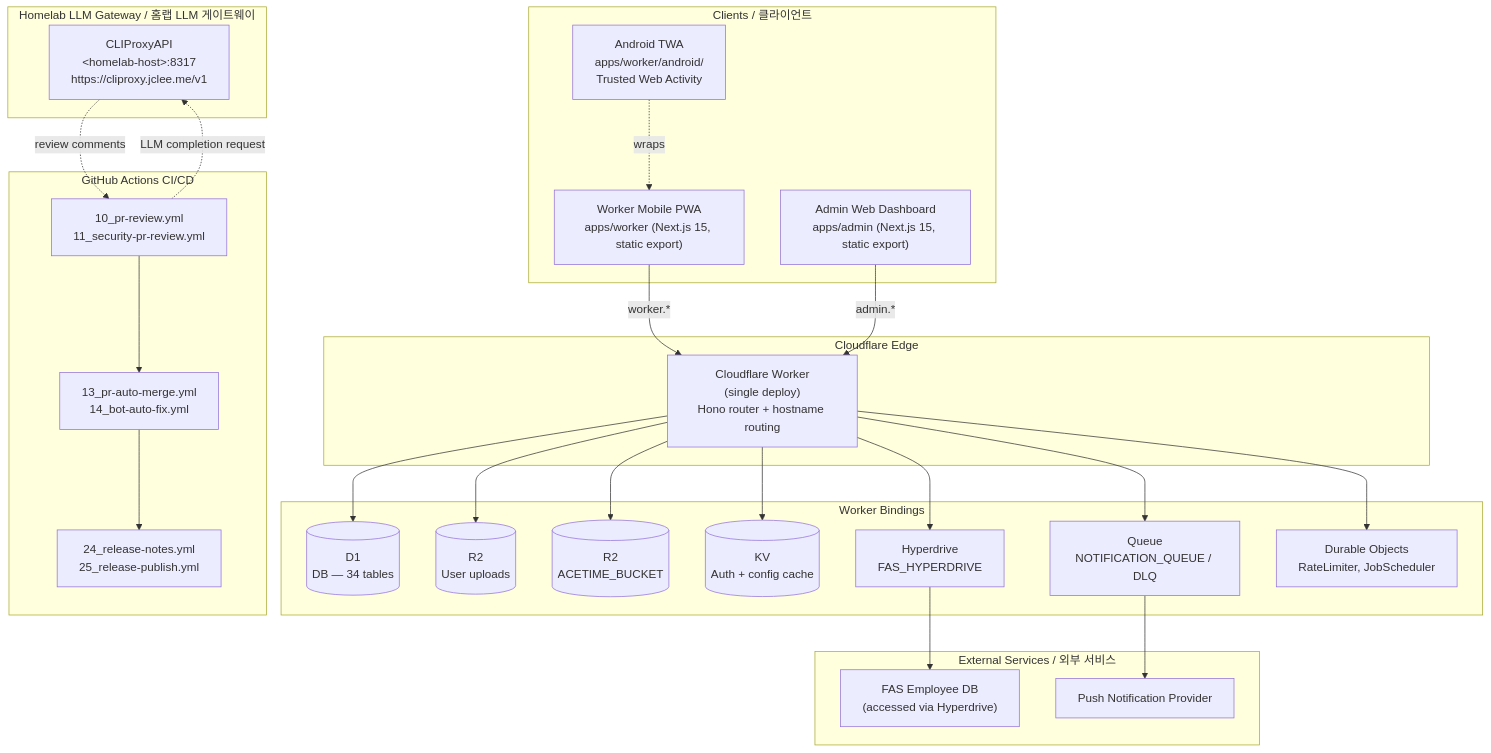
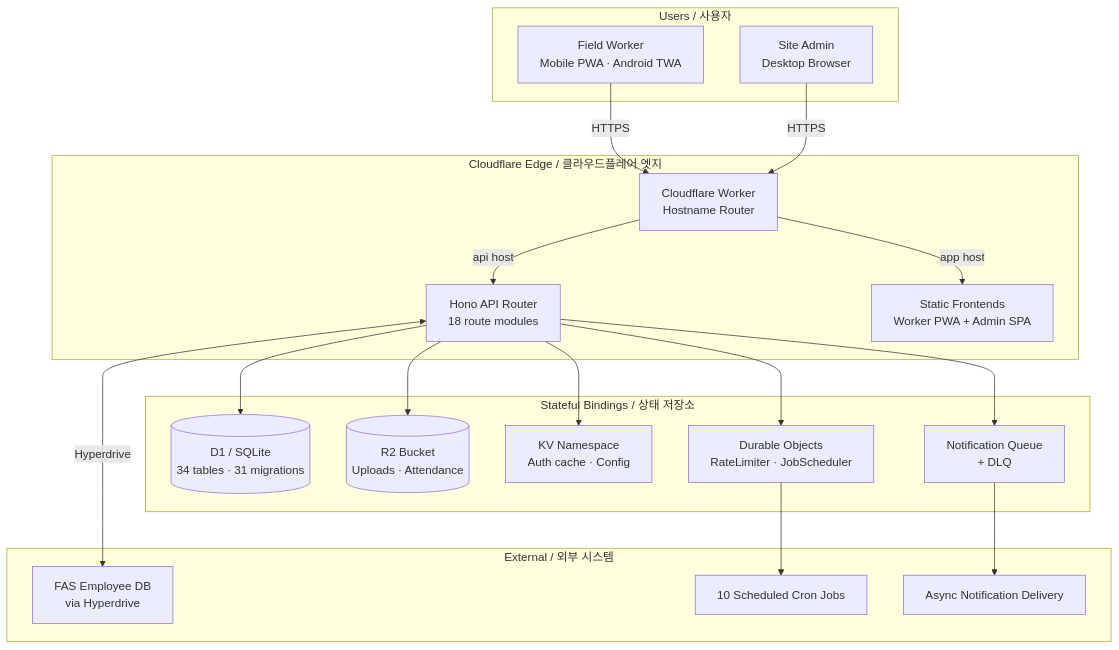
One commit to jclee941/safetywallet changed the diagram in README.md. Above: the diagram before and after it, drawn with Mermaid. The commit also changed other lines of this file, not shown here.

Commit message:
docs: auto-update README.md

````diff
--- a/README.md
+++ b/README.md
@@ -55,57 +60,40 @@
 ```mermaid
 flowchart TB
-  subgraph Clients["Clients / 클라이언트"]
-    PWA["Worker Mobile PWA<br/>apps/worker (Next.js 15, static export)"]
-    Admin["Admin Web Dashboard<br/>apps/admin (Next.js 15, static export)"]
-    TWA["Android TWA<br/>apps/worker/android/<br/>Trusted Web Activity"]
-  end
+    subgraph Clients["Users / 사용자"]
+        WorkerUser["Field Worker<br/>Mobile PWA · Android TWA"]
+        AdminUser["Site Admin<br/>Desktop Browser"]
+    end
 
-  subgraph Edge["Cloudflare Edge"]
-    Worker["Cloudflare Worker<br/>(single deploy)<br/>Hono router + hostname routing"]
-  end
+    subgraph Edge["Cloudflare Edge / 클라우드플레어 엣지"]
+        Router["Cloudflare Worker<br/>Hostname Router"]
+        Hono["Hono API Router<br/>18 route modules"]
+        Static["Static Frontends<br/>Worker PWA + Admin SPA"]
+    end
 
-  subgraph Bindings["Worker Bindings"]
-    D1[("D1<br/>DB — 34 tables")]
-    R2[("R2<br/>User uploads")]
-    Ace[("R2<br/>ACETIME_BUCKET")]
-    KV[("KV<br/>Auth + config cache")]
-    HD["Hyperdrive<br/>FAS_HYPERDRIVE"]
-    Queue["Queue<br/>NOTIFICATION_QUEUE / DLQ"]
-    DO["Durable Objects<br/>RateLimiter, JobScheduler"]
-  end
+    subgraph State["Stateful Bindings / 상태 저장소"]
+        D1[("D1 / SQLite<br/>34 tables · 31 migrations")]
+        R2[("R2 Bucket<br/>Uploads · Attendance")]
+        KV["KV Namespace<br/>Auth cache · Config"]
+        Queue["Notification Queue<br/>+ DLQ"]
+        DO["Durable Objects<br/>RateLimiter · JobScheduler"]
+    end
 
-  subgraph External["External Services / 외부 서비스"]
-    FAS["FAS Employee DB<br/>(accessed via Hyperdrive)"]
-    Push["Push Notification Provider"]
-  end
+    subgraph External["External / 외부 시스템"]
+        FAS["FAS Employee DB<br/>via Hyperdrive"]
+        Cron["10 Scheduled Cron Jobs"]
+        Notify["Async Notification Delivery"]
+    end
 
-  subgraph Homelab["Homelab LLM Gateway / 홈랩 LLM 게이트웨이"]
-    CLI["CLIProxyAPI<br/>&lt;homelab-host&gt;:8317<br/>https://cliproxy.jclee.me/v1"]
-  end
-
-  subgraph CI["GitHub Actions CI/CD"]
-    Rev["10_pr-review.yml<br/>11_security-pr-review.yml"]
-    Auto["13_pr-auto-merge.yml<br/>14_bot-auto-fix.yml"]
-    Rel["24_release-notes.yml<br/>25_release-publish.yml"]
-  end
-
-  TWA -.wraps.-> PWA
-  PWA -- "worker.*" --> Worker
-  Admin -- "admin.*" --> Worker
-
-  Worker --> D1
-  Worker --> R2
-  Worker --> Ace
-  Worker --> KV
-  Worker --> HD
-  Worker --> Queue
-  Worker --> DO
-
-  HD --> FAS
-  Queue --> Push
-
-  Rev -. "LLM completion request" .-> CLI
-  CLI -. "review comments" .-> Rev
-  Rev --> Auto
-  Auto --> Rel
+    WorkerUser -->|"HTTPS"| Router
+    AdminUser -->|"HTTPS"| Router
+    Router -->|"app host"| Static
+    Router -->|"api host"| Hono
+    Hono --> D1
+    Hono --> R2
+    Hono --> KV
+    Hono --> Queue
+    Hono --> DO
+    Hono <-->|"Hyperdrive"| FAS
+    DO --> Cron
+    Queue --> Notify
 ```
````
